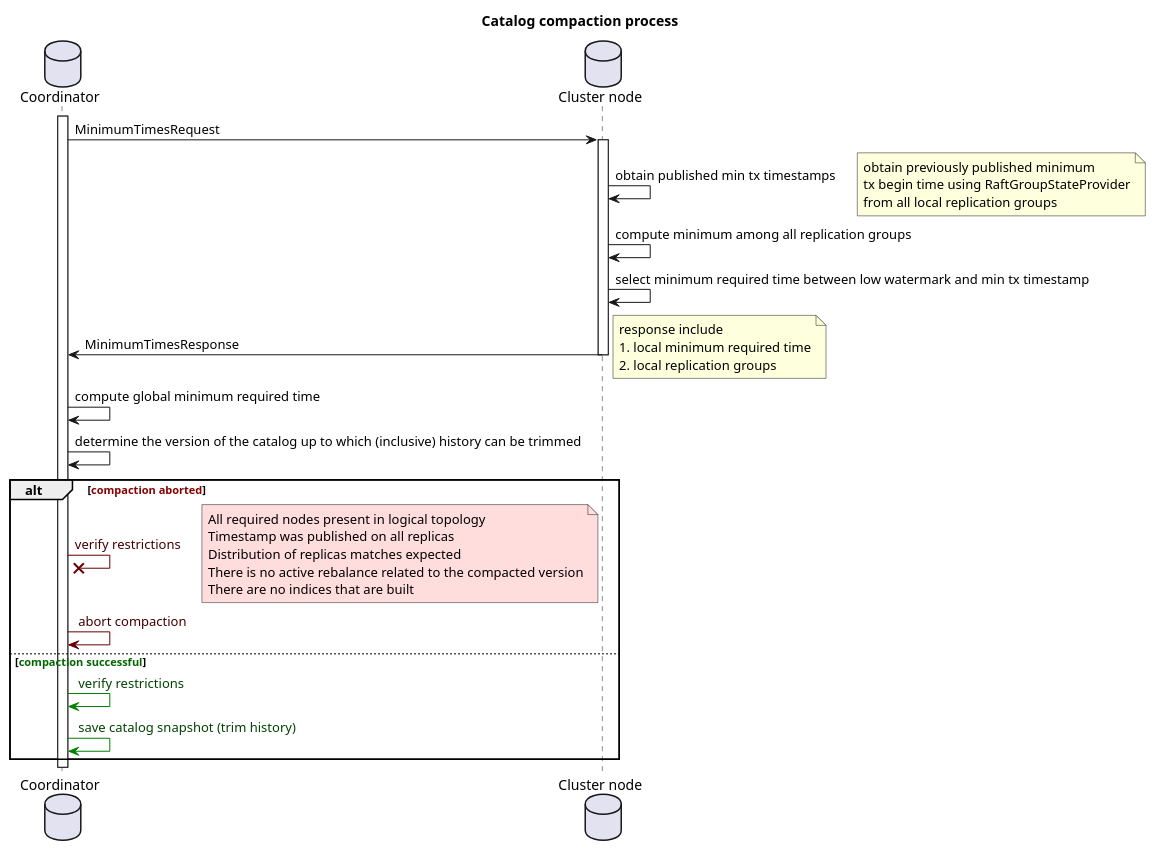
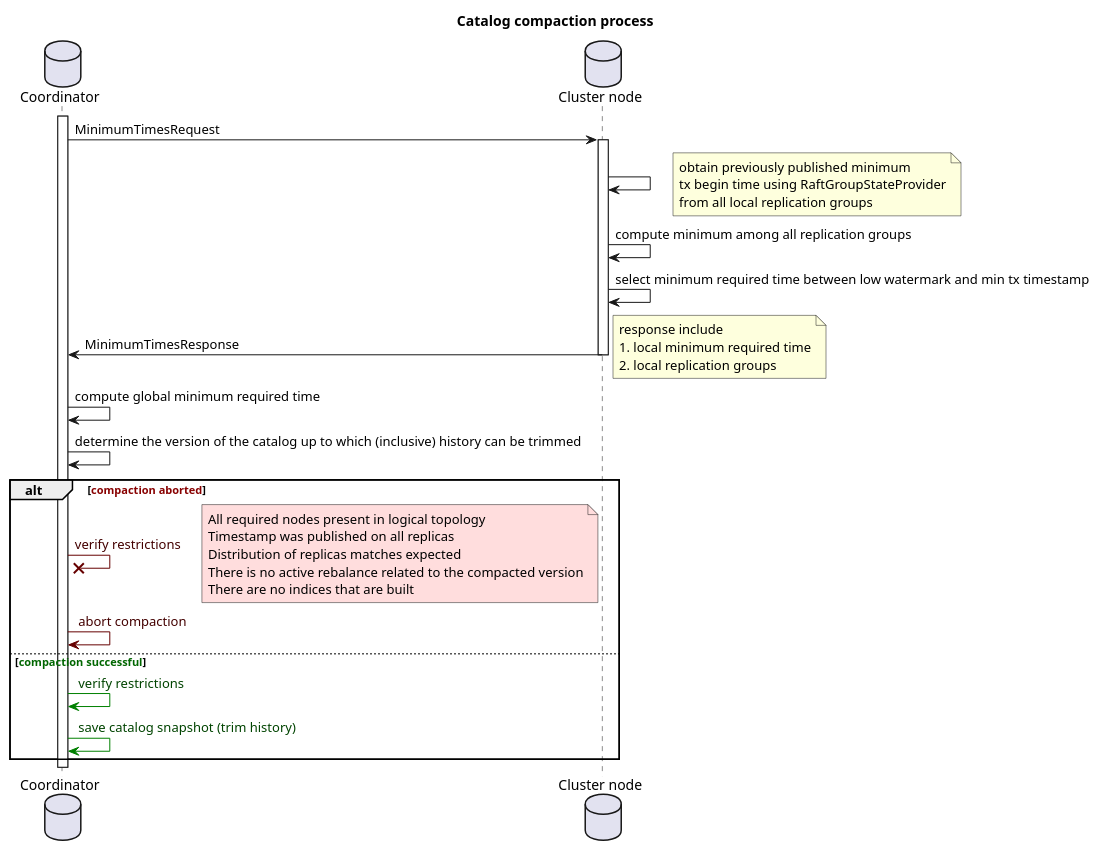
One commit to apache/ignite-3 changed the diagram in modules/catalog-compaction/tech-notes/compaction.puml. Above: the diagram before and after it, drawn with PlantUML. The commit also changed 3 other files, not shown here.

```diff
--- a/modules/catalog-compaction/tech-notes/compaction.puml
+++ b/modules/catalog-compaction/tech-notes/compaction.puml
@@ -1,41 +1,41 @@
 @startuml
 title Catalog compaction process
 
 database Coordinator as crd
 database "Cluster node" as node
 
 activate crd
 
 crd -> node ++ : MinimumTimesRequest
-node -> node : obtain published min tx timestamps
+node -> node
 note right
   obtain previously published minimum
   tx begin time using RaftGroupStateProvider
   from all local replication groups
 end note
 node -> node : compute minimum among all replication groups
 node -> node : select minimum required time between low watermark and min tx timestamp
 node -> crd -- : MinimumTimesResponse
 note right
   response include
   1. local minimum required time
   2. local replication groups
 end note
 crd -> crd : compute global minimum required time
 crd -> crd : determine the version of the catalog up to which (inclusive) history can be trimmed
 alt <font color="#880000">compaction aborted</font>
   crd -[#660000]x crd : <font color="#440000">verify restrictions
   note right #ffdddd
     All required nodes present in logical topology
     Timestamp was published on all replicas
     Distribution of replicas matches expected
     There is no active rebalance related to the compacted version
     There are no indices that are built
   end note
   crd -[#660000]> crd : <font color="#440000"> abort compaction
 else <font color="#006600">compaction successful</font>
   crd -[#green]> crd : <font color="#004400"> verify restrictions
   crd -[#green]> crd : <font color="#004400"> save catalog snapshot (trim history)
 end
 
 @enduml
```
